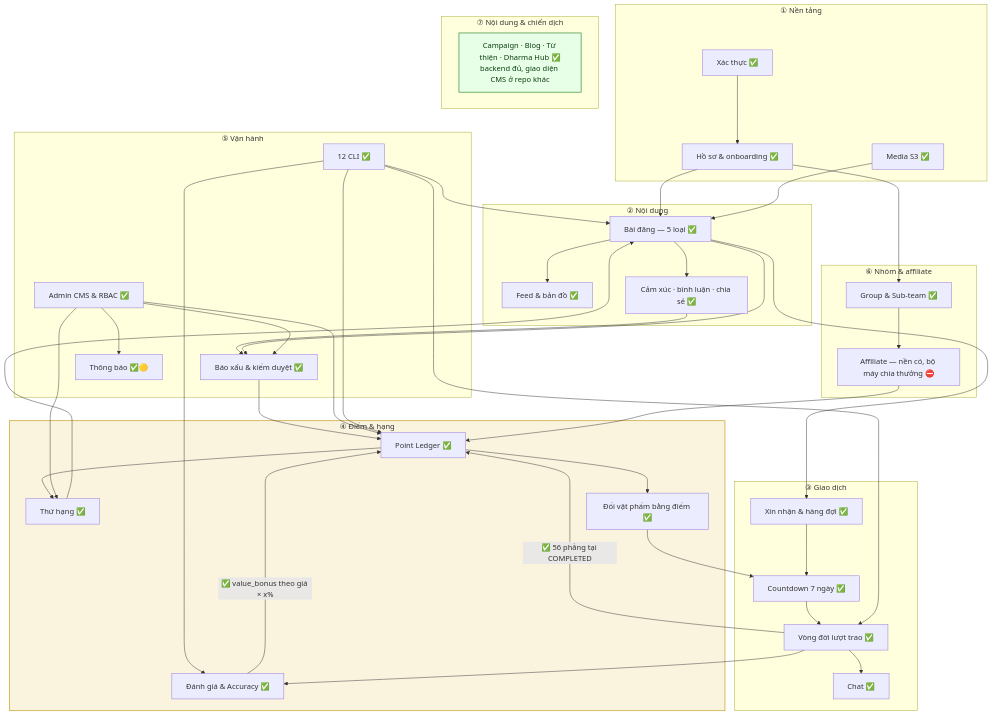
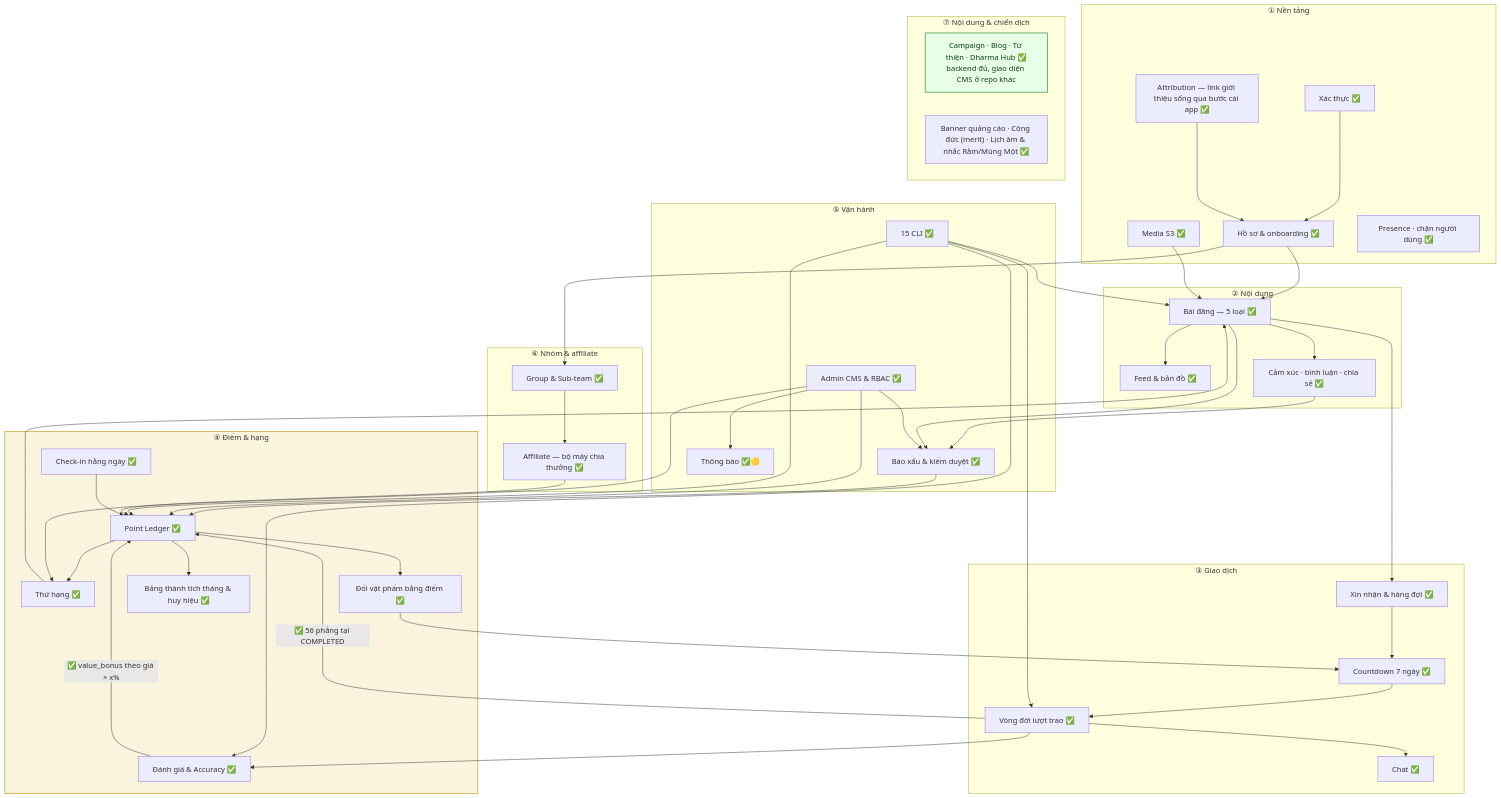
Before and after one commit to fdshn/trueheart: the first of 4 diagrams in docs/diagram/20-overview.md, drawn with Mermaid. The commit also changed other lines of this file and 49 other files, not shown here.

````diff
--- a/docs/diagram/20-overview.md
+++ b/docs/diagram/20-overview.md
@@ -12,74 +12,82 @@
 ```mermaid
 flowchart TB
     subgraph T1["① Nền tảng"]
         AUTH["Xác thực ✅"]
         PROF["Hồ sơ & onboarding ✅"]
         MEDIA["Media S3 ✅"]
+        ATTR["Attribution — link giới thiệu sống qua bước cài app ✅"]
+        SOC["Presence · chặn người dùng ✅"]
     end
 
     subgraph T2["② Nội dung"]
         POST["Bài đăng — 5 loại ✅"]
         FEED["Feed & bản đồ ✅"]
         INT["Cảm xúc · bình luận · chia sẻ ✅"]
     end
 
     subgraph T3["③ Giao dịch"]
         REQ["Xin nhận & hàng đợi ✅"]
         SEL["Countdown 7 ngày ✅"]
         TX["Vòng đời lượt trao ✅"]
         CHAT["Chat ✅"]
     end
 
     subgraph T4["④ Điểm & hạng"]
         PT["Point Ledger ✅"]
         RANK["Thứ hạng ✅"]
         REV["Đánh giá & Accuracy ✅"]
         RED["Đổi vật phẩm bằng điểm ✅"]
+        CHK["Check-in hằng ngày ✅"]
+        LB["Bảng thành tích tháng & huy hiệu ✅"]
     end
 
     subgraph T5["⑤ Vận hành"]
         REP["Báo xấu & kiểm duyệt ✅"]
         ADM["Admin CMS & RBAC ✅"]
-        JOB["12 CLI ✅"]
+        JOB["15 CLI ✅"]
         NOTI["Thông báo ✅🟡"]
     end
 
     subgraph T6["⑥ Nhóm & affiliate"]
         GRP["Group & Sub-team ✅"]
-        AFF["Affiliate — nền có, bộ máy chia thưởng ⛔"]
+        AFF["Affiliate — bộ máy chia thưởng ✅"]
     end
 
     subgraph T7["⑦ Nội dung & chiến dịch"]
         CMS["Campaign · Blog · Từ thiện · Dharma Hub ✅<br/>backend đủ, giao diện CMS ở repo khác"]
+        ADS["Banner quảng cáo · Công đức (merit) · Lịch âm & nhắc Rằm/Mùng Một ✅"]
     end
 
     AUTH --> PROF --> POST
     MEDIA --> POST
     POST --> FEED
     POST --> INT
     POST --> REQ --> SEL --> TX
     TX --> CHAT
     TX --> REV
     REV -->|"✅ value_bonus theo giá × x%"| PT
     TX -->|"✅ 56 phẳng tại COMPLETED"| PT
     PT --> RANK
     RANK --> POST
     PT --> RED
     RED --> SEL
     INT --> REP
     POST --> REP
     REP --> PT
     ADM --> PT
     ADM --> RANK
     ADM --> REP
     ADM --> NOTI
     JOB --> TX
     JOB --> PT
     JOB --> REV
     JOB --> POST
     GRP --> AFF --> PT
     PROF --> GRP
+    ATTR --> PROF
+    CHK --> PT
+    PT --> LB
 
     style CMS fill:#e6ffe6,stroke:#3f8f3f,stroke-width:1.5px,color:#0f3d12
     style T4 fill:#dcb42826,stroke:#c9a227,stroke-width:1.5px
 ```
````
